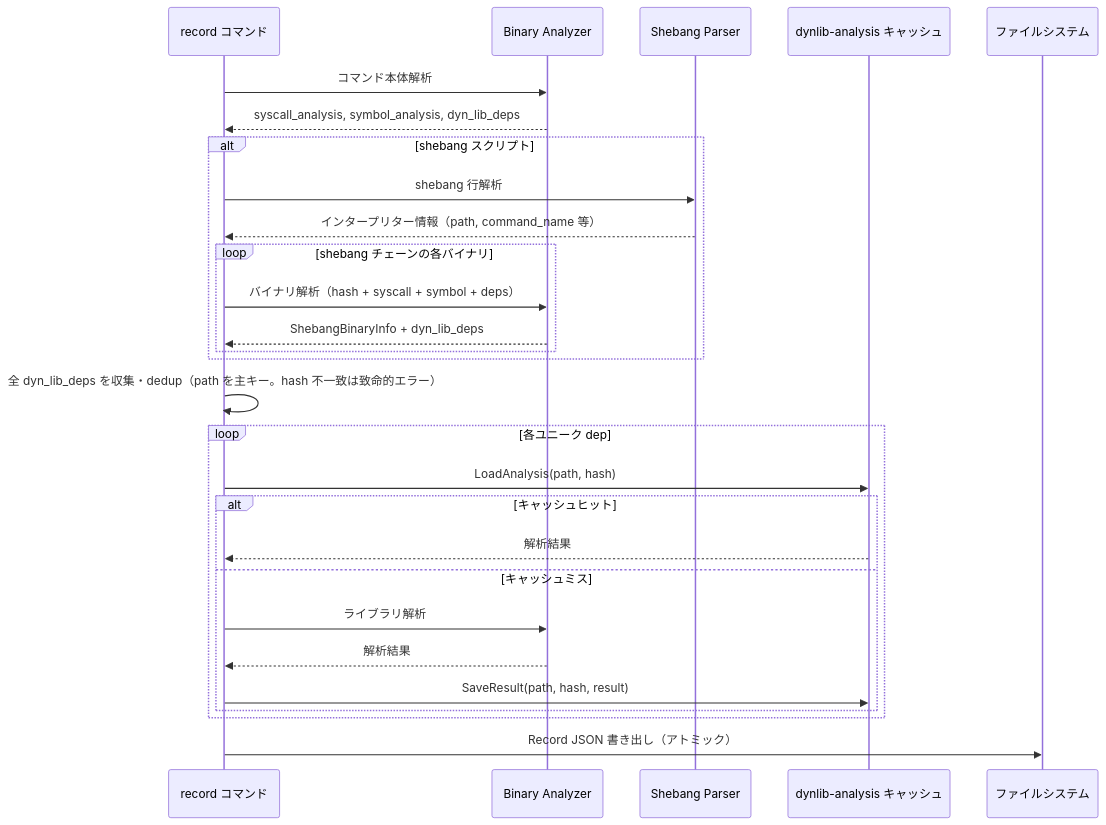
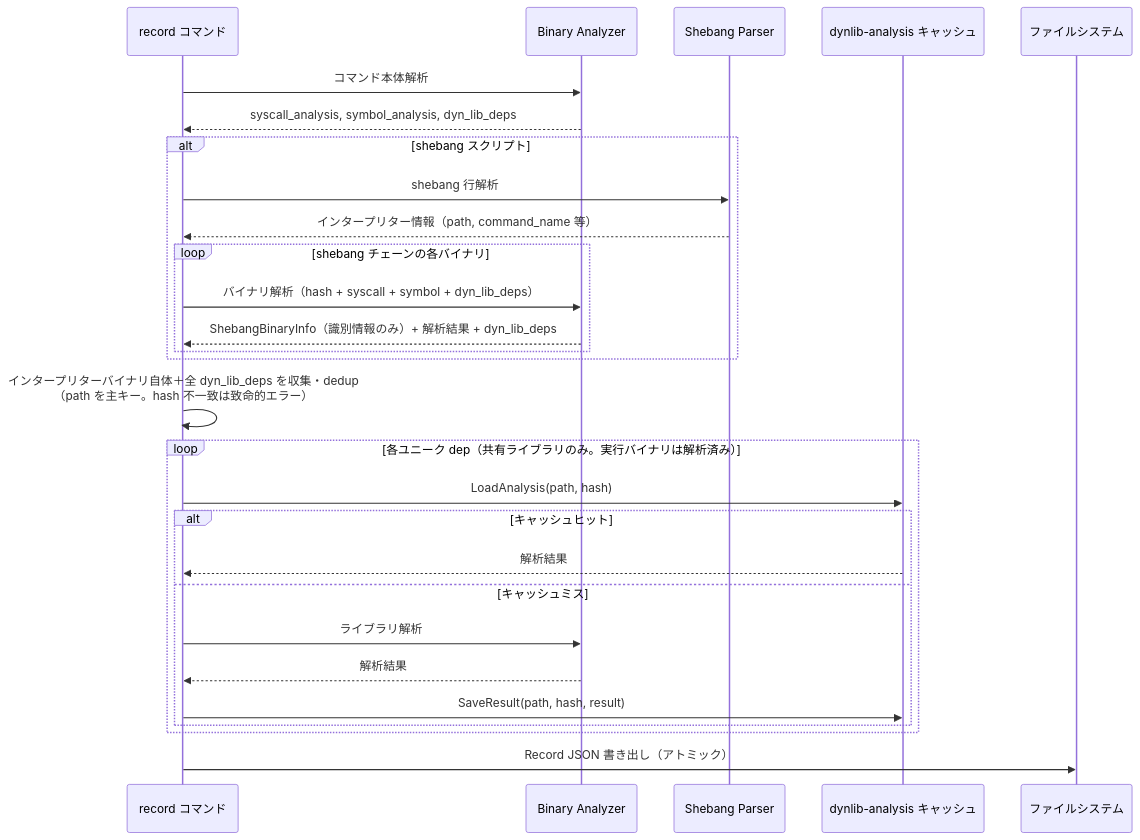
One commit to isseis/go-safe-cmd-runner changed the seventh of 8 diagrams in docs/tasks/0129_self_contained_record/02_architecture.md. Above: the diagram before and after it, drawn with Mermaid. The commit also changed other lines of this file and 3 other files, not shown here.

First line of the commit message:
docs: unify shebang interpreter analysis into flat deps list

````diff
--- a/docs/tasks/0129_self_contained_record/02_architecture.md
+++ b/docs/tasks/0129_self_contained_record/02_architecture.md
@@ -324,35 +336,35 @@
 ```mermaid
 sequenceDiagram
     participant R as record コマンド
     participant E as Binary Analyzer
     participant S as Shebang Parser
     participant C as dynlib-analysis キャッシュ
     participant FS as ファイルシステム
 
     R->>E: コマンド本体解析
     E-->>R: syscall_analysis, symbol_analysis, dyn_lib_deps
 
     alt shebang スクリプト
         R->>S: shebang 行解析
         S-->>R: インタープリター情報（path, command_name 等）
         loop shebang チェーンの各バイナリ
-            R->>E: バイナリ解析（hash + syscall + symbol + deps）
-            E-->>R: ShebangBinaryInfo + dyn_lib_deps
+            R->>E: バイナリ解析（hash + syscall + symbol + dyn_lib_deps）
+            E-->>R: ShebangBinaryInfo（識別情報のみ）+ 解析結果 + dyn_lib_deps
         end
     end
 
-    R->>R: 全 dyn_lib_deps を収集・dedup（path を主キー。hash 不一致は致命的エラー）
+    R->>R: インタープリターバイナリ自体＋全 dyn_lib_deps を収集・dedup<br/>（path を主キー。hash 不一致は致命的エラー）
 
-    loop 各ユニーク dep
+    loop 各ユニーク dep（共有ライブラリのみ。実行バイナリは解析済み）
         R->>C: LoadAnalysis(path, hash)
         alt キャッシュヒット
             C-->>R: 解析結果
         else キャッシュミス
             R->>E: ライブラリ解析
             E-->>R: 解析結果
             R->>C: SaveResult(path, hash, result)
         end
     end
 
     R->>FS: Record JSON 書き出し（アトミック）
 ```
````
